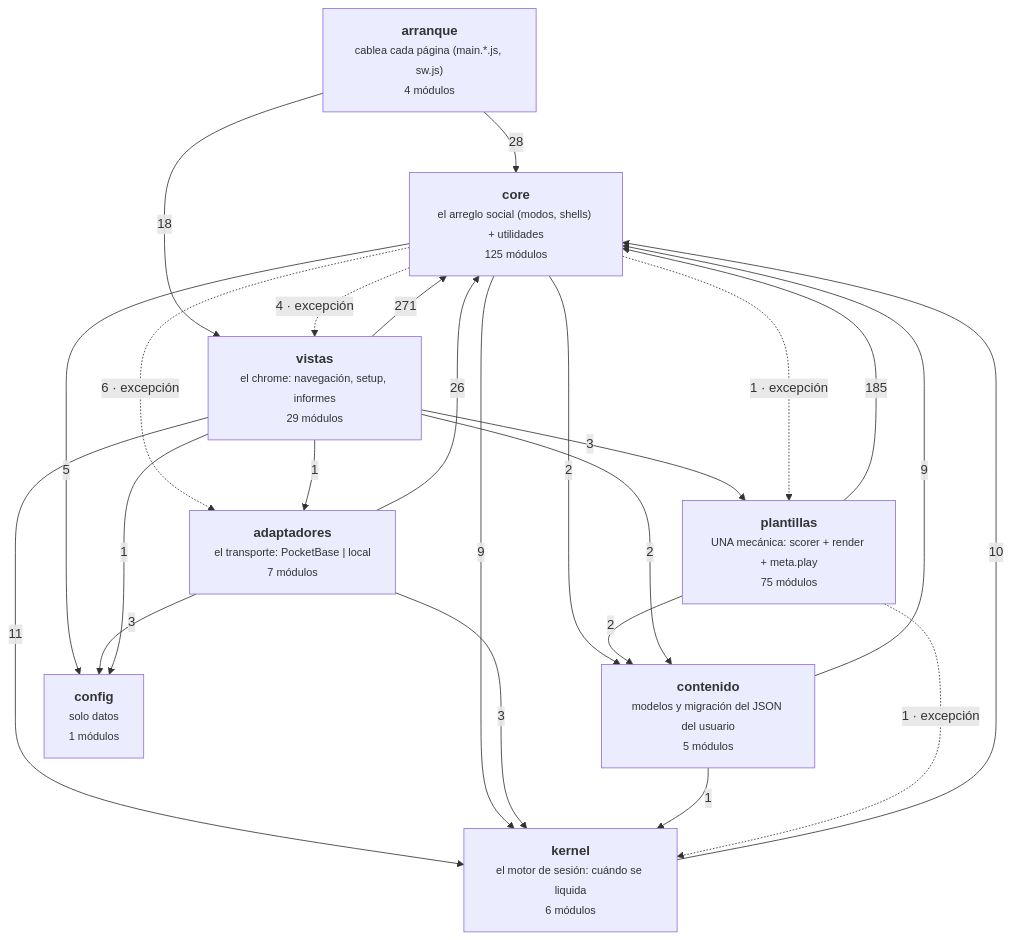
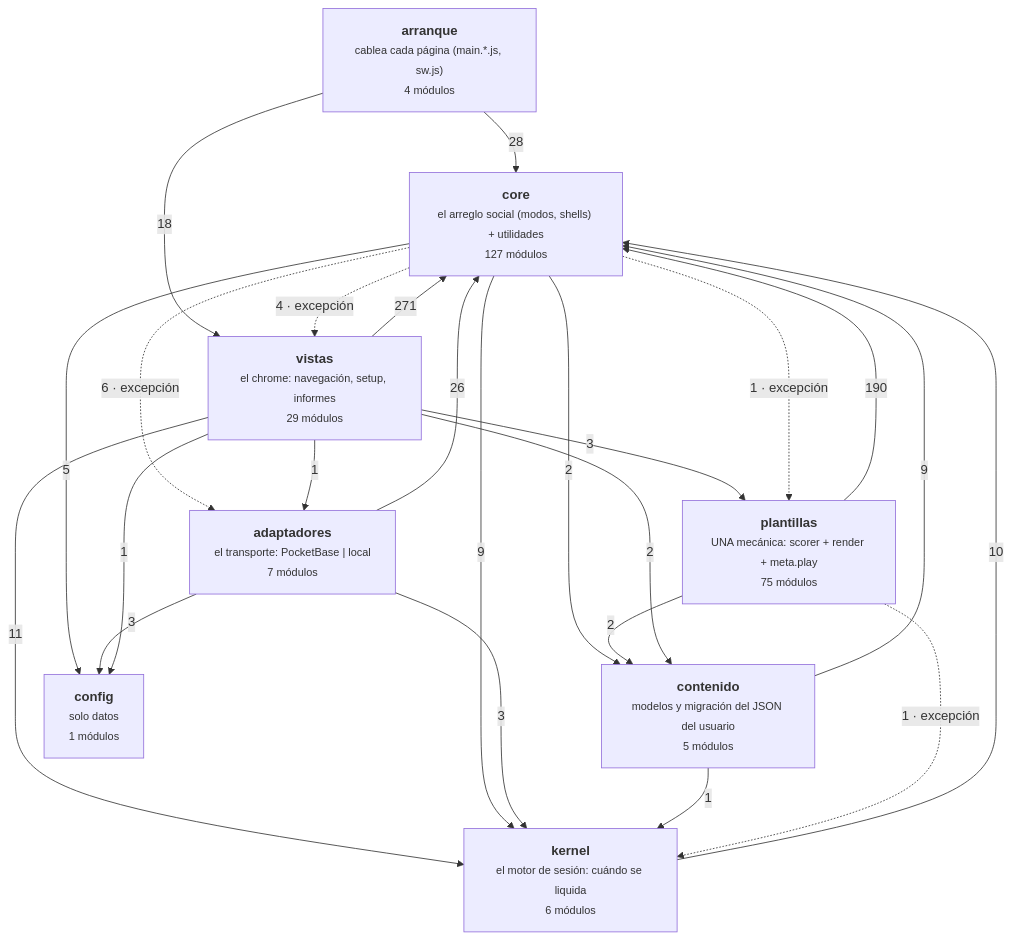
The diagram in docs/arquitectura-modulos.md (duecaz/ac), drawn with Mermaid before and after one commit. The commit also changed other lines of this file and 16 other files, not shown here.

````diff
--- a/docs/arquitectura-modulos.md
+++ b/docs/arquitectura-modulos.md
@@ -56,34 +56,34 @@
 ```mermaid
 graph TD
   A["<b>arranque</b><br/><small>cablea cada página (main.*.js, sw.js)</small><br/><small>4 módulos</small>"]
   V["<b>vistas</b><br/><small>el chrome: navegación, setup, informes</small><br/><small>29 módulos</small>"]
   AD["<b>adaptadores</b><br/><small>el transporte: PocketBase | local</small><br/><small>7 módulos</small>"]
-  C["<b>core</b><br/><small>el arreglo social (modos, shells) + utilidades</small><br/><small>125 módulos</small>"]
+  C["<b>core</b><br/><small>el arreglo social (modos, shells) + utilidades</small><br/><small>127 módulos</small>"]
   K["<b>kernel</b><br/><small>el motor de sesión: cuándo se liquida</small><br/><small>6 módulos</small>"]
   T["<b>plantillas</b><br/><small>UNA mecánica: scorer + render + meta.play</small><br/><small>75 módulos</small>"]
   CO["<b>contenido</b><br/><small>modelos y migración del JSON del usuario</small><br/><small>5 módulos</small>"]
   CF["<b>config</b><br/><small>solo datos</small><br/><small>1 módulos</small>"]
   V -->|271| C
-  T -->|185| C
+  T -->|190| C
   A -->|28| C
   AD -->|26| C
   A -->|18| V
   V -->|11| K
   K -->|10| C
   C -->|9| K
   CO -->|9| C
   C -.->|6 · excepción| AD
   C -->|5| CF
   C -.->|4 · excepción| V
   AD -->|3| CF
   AD -->|3| K
   V -->|3| T
   C -->|2| CO
   T -->|2| CO
   V -->|2| CO
   C -.->|1 · excepción| T
   CO -->|1| K
   T -.->|1 · excepción| K
   V -->|1| AD
   V -->|1| CF
 ```
````
